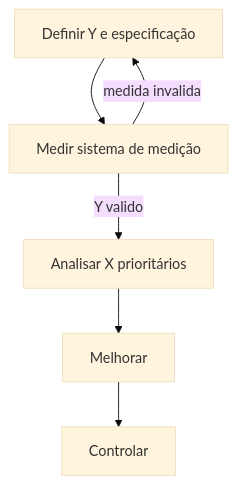
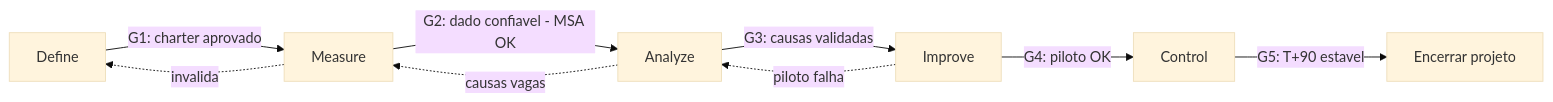
The third of 3 diagrams in aulas/trilha-melhoria-continua-e-processos/modulo-02-six-sigma-logistica/aula-01-y-igual-fx-otif-lead-time.md (cleberhensel/logisticon-academy), drawn with Mermaid (base theme) before and after one commit. The commit also changed other lines of this file and 122 other files, not shown here.

````diff
--- a/aulas/trilha-melhoria-continua-e-processos/modulo-02-six-sigma-logistica/aula-01-y-igual-fx-otif-lead-time.md
+++ b/aulas/trilha-melhoria-continua-e-processos/modulo-02-six-sigma-logistica/aula-01-y-igual-fx-otif-lead-time.md
@@ -52,12 +156,16 @@
 ```mermaid
-flowchart TD
-  D[Definir Y e especificação]
-  M[Medir sistema de medição]
-  A[Analisar X prioritários]
-  I[Melhorar]
-  C[Controlar]
-  D --> M
-  M -->|Y valido| A
-  M -->|medida invalida| D
-  A --> I --> C
+flowchart LR
+  D[Define]
+  M[Measure]
+  A[Analyze]
+  I[Improve]
+  C[Control]
+  D -->|G1: charter aprovado| M
+  M -->|G2: dado confiavel - MSA OK| A
+  A -->|G3: causas validadas| I
+  I -->|G4: piloto OK| C
+  C -->|G5: T+90 estavel| Final[Encerrar projeto]
+  M -.invalida.-> D
+  A -.causas vagas.-> M
+  I -.piloto falha.-> A
 ```
````
